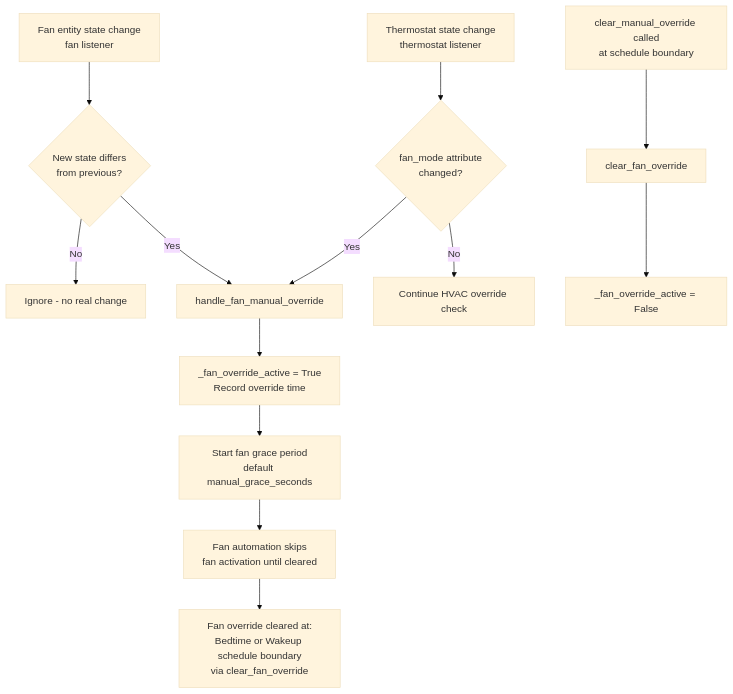
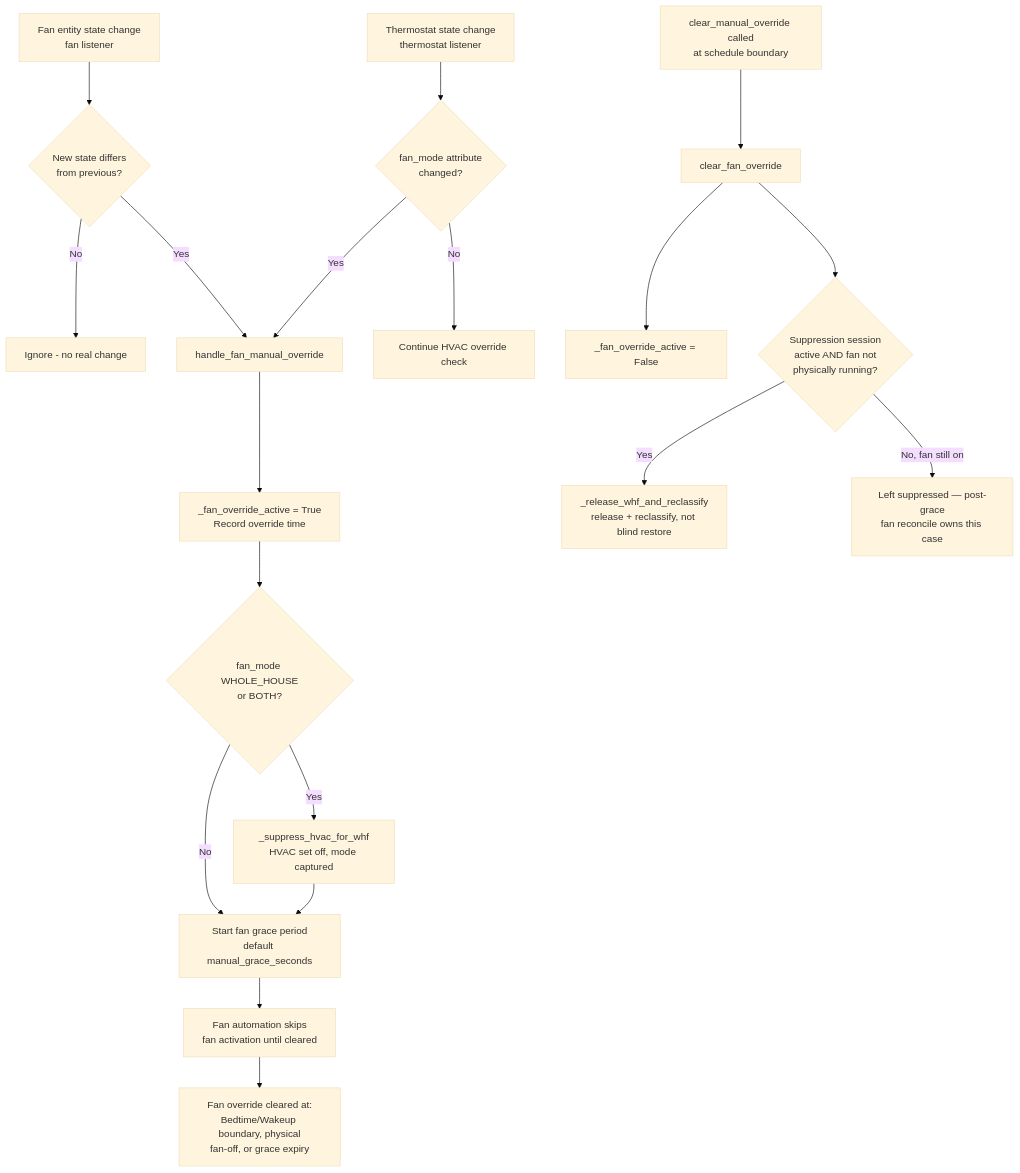
One commit to gunkl/ClimateAdvisor changed the eighth of 21 diagrams in docs/07-AUTOMATION-FLOWCHART.md. Above: the diagram before and after it, drawn with Mermaid (base theme). The commit also changed other lines of this file and 13 other files, not shown here.

````diff
--- a/docs/07-AUTOMATION-FLOWCHART.md
+++ b/docs/07-AUTOMATION-FLOWCHART.md
@@ -279,18 +281,24 @@
 ```mermaid
 graph TD
     A[Fan entity state change\nfan listener] --> B{New state differs\nfrom previous?}
     B -->|No| C[Ignore - no real change]
     B -->|Yes| D[handle_fan_manual_override]
 
     E[Thermostat state change\nthermostat listener] --> F{fan_mode attribute\nchanged?}
     F -->|No| G[Continue HVAC override check]
     F -->|Yes| D
 
     D --> H[_fan_override_active = True\nRecord override time]
-    H --> I[Start fan grace period\ndefault manual_grace_seconds]
+    H --> H2{fan_mode WHOLE_HOUSE\nor BOTH?}
+    H2 -->|Yes| H3[_suppress_hvac_for_whf\nHVAC set off, mode captured]
+    H2 -->|No| I
+    H3 --> I[Start fan grace period\ndefault manual_grace_seconds]
     I --> J[Fan automation skips\nfan activation until cleared]
-    J --> K[Fan override cleared at:\nBedtime or Wakeup schedule boundary\nvia clear_fan_override]
+    J --> K[Fan override cleared at:\nBedtime/Wakeup boundary, physical\nfan-off, or grace expiry]
 
     L[clear_manual_override called\nat schedule boundary] --> M[clear_fan_override]
     M --> N[_fan_override_active = False]
+    M --> O{Suppression session\nactive AND fan not\nphysically running?}
+    O -->|Yes| P[_release_whf_and_reclassify\nrelease + reclassify, not blind restore]
+    O -->|No, fan still on| Q[Left suppressed — post-grace\nfan reconcile owns this case]
 ```
````
